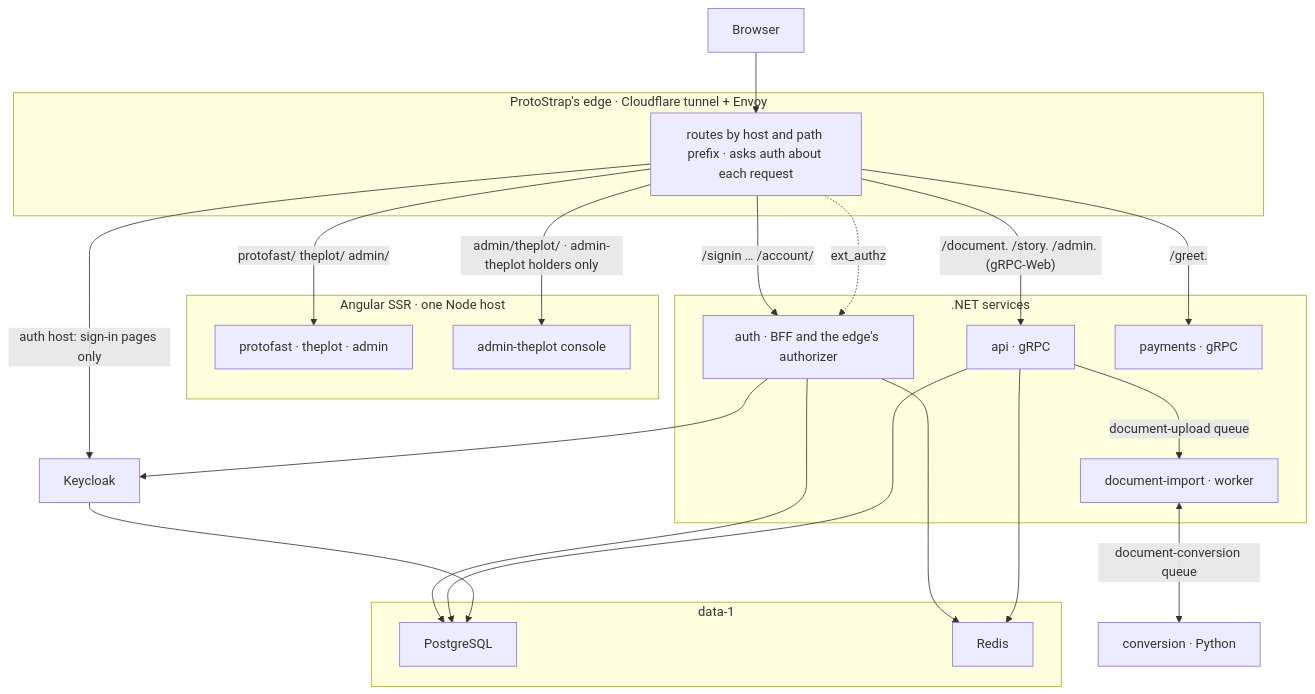
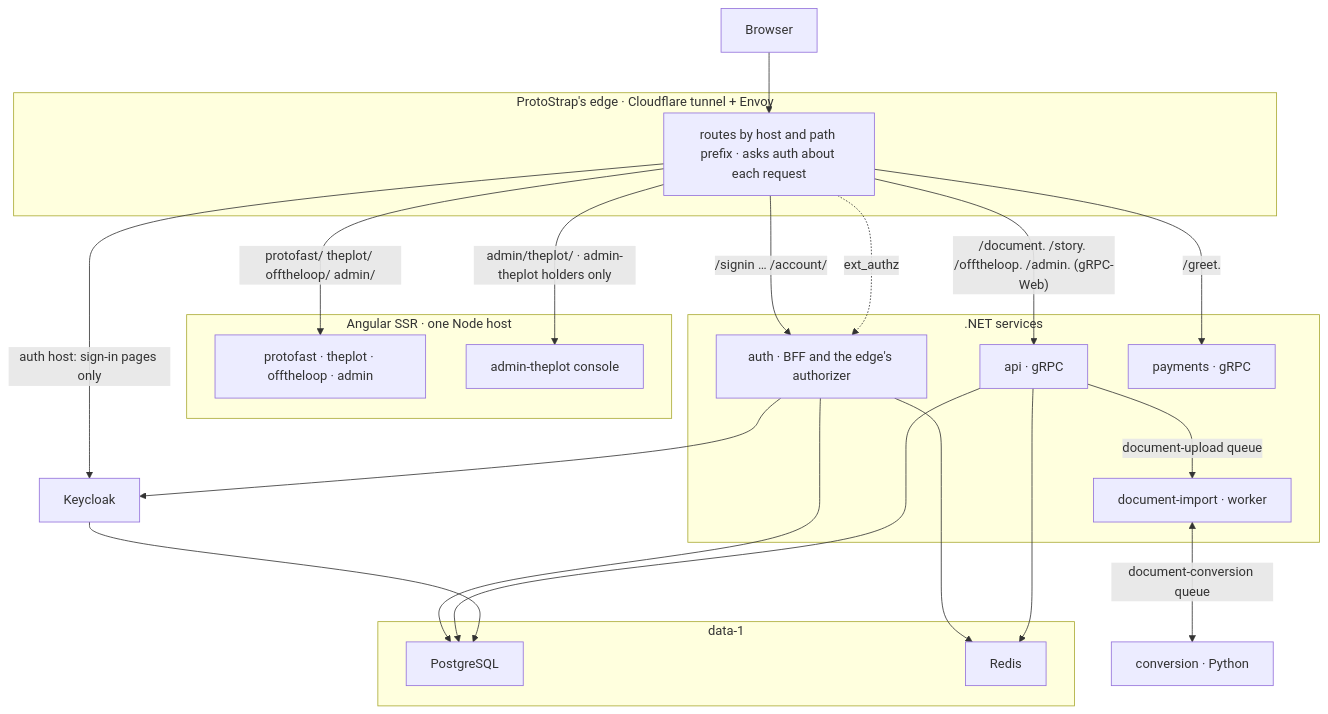
One commit to duncan-G/ProtoFast changed the diagram in README.md. Above: the diagram before and after it, drawn with Mermaid. The commit also changed other lines of this file and 349 other files, not shown here.

````diff
--- a/README.md
+++ b/README.md
@@ -9,41 +9,41 @@
 ```mermaid
 graph TD
     Browser["Browser"]
 
     subgraph Edge["ProtoStrap's edge · Cloudflare tunnel + Envoy"]
         Routes["routes by host and path prefix · asks auth about each request"]
     end
 
     subgraph Clients["Angular SSR · one Node host"]
-        Web["protofast · theplot · admin"]
+        Web["protofast · theplot · offtheloop · admin"]
         Console["admin-theplot console"]
     end
 
     subgraph Services[".NET services"]
         Auth["auth · BFF and the edge's authorizer"]
         Api["api · gRPC"]
         Payments["payments · gRPC"]
         Import["document-import · worker"]
     end
 
     KC["Keycloak"]
 
     subgraph Stateful["data-1"]
         PG["PostgreSQL"]
         Redis["Redis"]
     end
 
     Browser --> Routes
-    Routes -->|"protofast/ theplot/ admin/"| Web
+    Routes -->|"protofast/ theplot/ offtheloop/ admin/"| Web
     Routes -->|"admin/theplot/ · admin-theplot holders only"| Console
     Routes -->|"/signin … /account/"| Auth
-    Routes -->|"/document. /story. /admin. (gRPC-Web)"| Api
+    Routes -->|"/document. /story. /offtheloop. /admin. (gRPC-Web)"| Api
     Routes -->|"/greet."| Payments
     Routes -->|"auth host: sign-in pages only"| KC
     Routes -.->|"ext_authz"| Auth
     Auth --> KC & Redis & PG
     Api --> PG & Redis
     Api -->|"document-upload queue"| Import
     Import <-->|"document-conversion queue"| Conversion["conversion · Python"]
     KC --> PG
 ```
````
